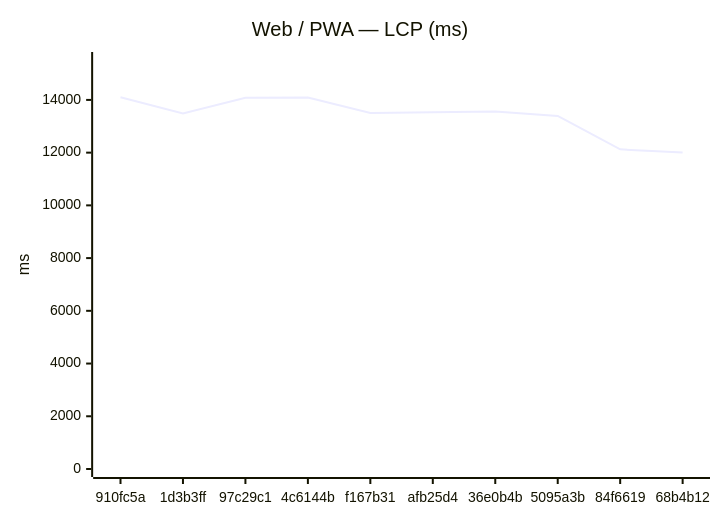
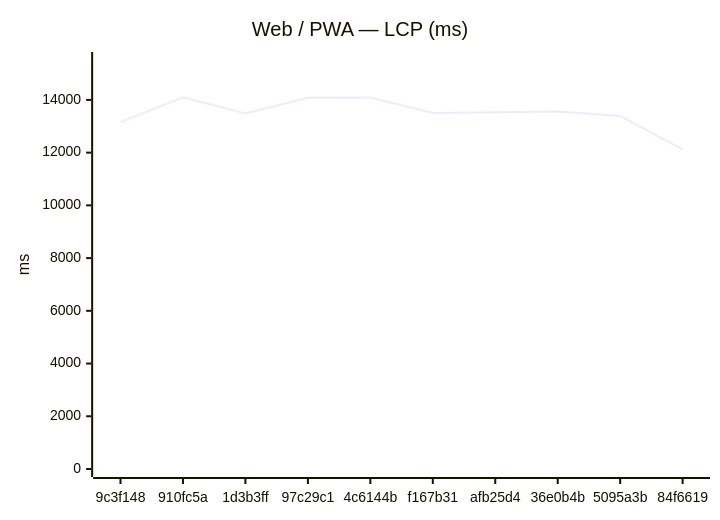
Before and after one commit to Metaheurist/Rianell: the first of 18 diagrams in benchmarks/compare.md, drawn with Mermaid. The commit also changed other lines of this file and 11 other files, not shown here.

````diff
--- a/benchmarks/compare.md
+++ b/benchmarks/compare.md
@@ -24,7 +24,7 @@
 ```mermaid
 xychart-beta
     title "Web / PWA — LCP (ms)"
-    x-axis ["910fc5a", "1d3b3ff", "97c29c1", "4c6144b", "f167b31", "afb25d4", "36e0b4b", "5095a3b", "84f6619", "68b4b12"]
+    x-axis ["9c3f148", "910fc5a", "1d3b3ff", "97c29c1", "4c6144b", "f167b31", "afb25d4", "36e0b4b", "5095a3b", "84f6619"]
     y-axis "ms" 0 --> 15514
-    line [14103, 13484, 14084, 14094, 13501, 13531, 13563, 13394, 12124, 12007]
+    line [13157, 14103, 13484, 14084, 14094, 13501, 13531, 13563, 13394, 12124]
 ```
````
